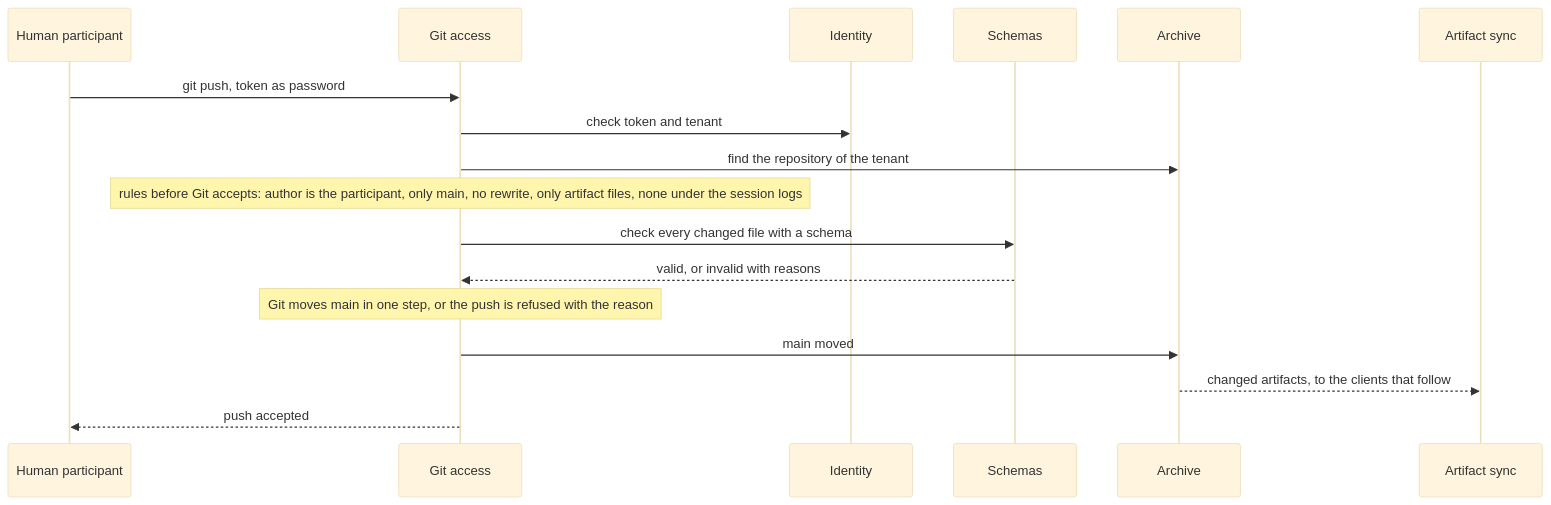
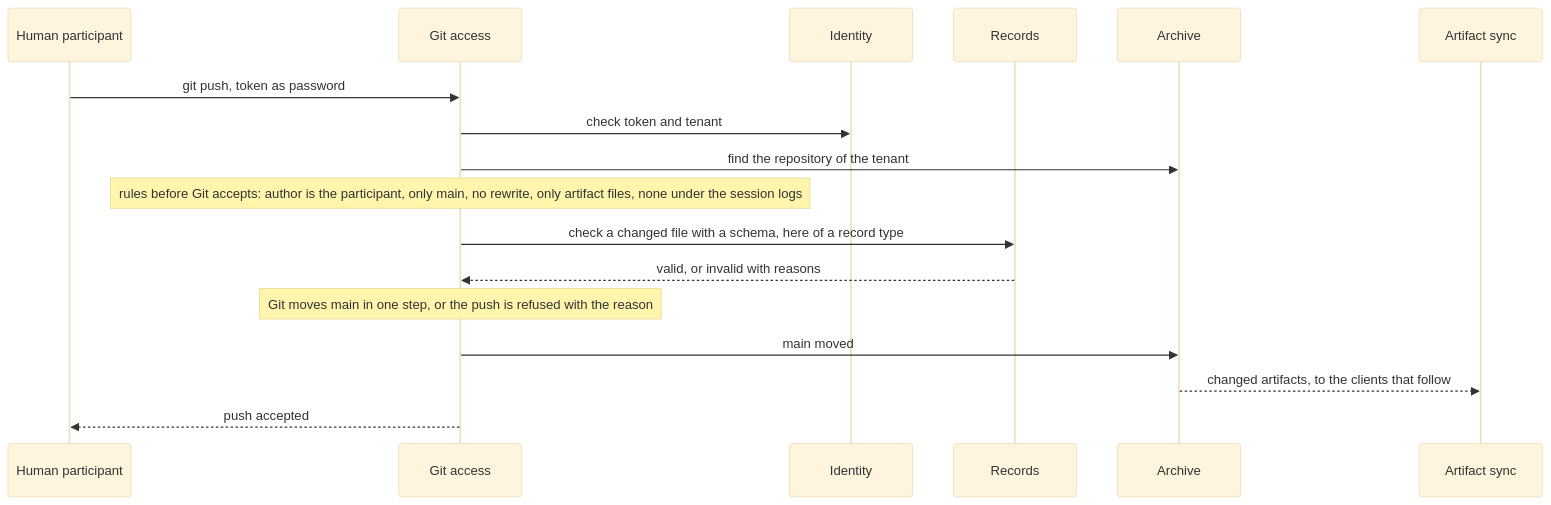
Before and after one commit to mrsimpson/agentic-office: the ninth of 15 diagrams in docs/architecture/06-runtime-view.arc42.md, drawn with Mermaid (base theme). The commit also changed other lines of this file and 10 other files, not shown here.

First line of the commit message:
docs(architecture): the schema belongs to each artifact type

````diff
--- a/docs/architecture/06-runtime-view.arc42.md
+++ b/docs/architecture/06-runtime-view.arc42.md
@@ -378,19 +379,19 @@
 ```mermaid
 sequenceDiagram
     participant actor_human as Human participant
     participant bb_git_access as Git access
     participant bb_identity as Identity
-    participant bb_schemas as Schemas
+    participant bb_records as Records
     participant bb_archive as Archive
     participant bb_sync as Artifact sync
     actor_human->>bb_git_access: git push, token as password
     bb_git_access->>bb_identity: check token and tenant
     bb_git_access->>bb_archive: find the repository of the tenant
     Note over bb_git_access: rules before Git accepts: author is the participant, only main, no rewrite, only artifact files, none under the session logs
-    bb_git_access->>bb_schemas: check every changed file with a schema
-    bb_schemas-->>bb_git_access: valid, or invalid with reasons
+    bb_git_access->>bb_records: check a changed file with a schema, here of a record type
+    bb_records-->>bb_git_access: valid, or invalid with reasons
     Note over bb_git_access: Git moves main in one step, or the push is refused with the reason
     bb_git_access->>bb_archive: main moved
     bb_archive-->>bb_sync: changed artifacts, to the clients that follow
     bb_git_access-->>actor_human: push accepted
 ```
````
